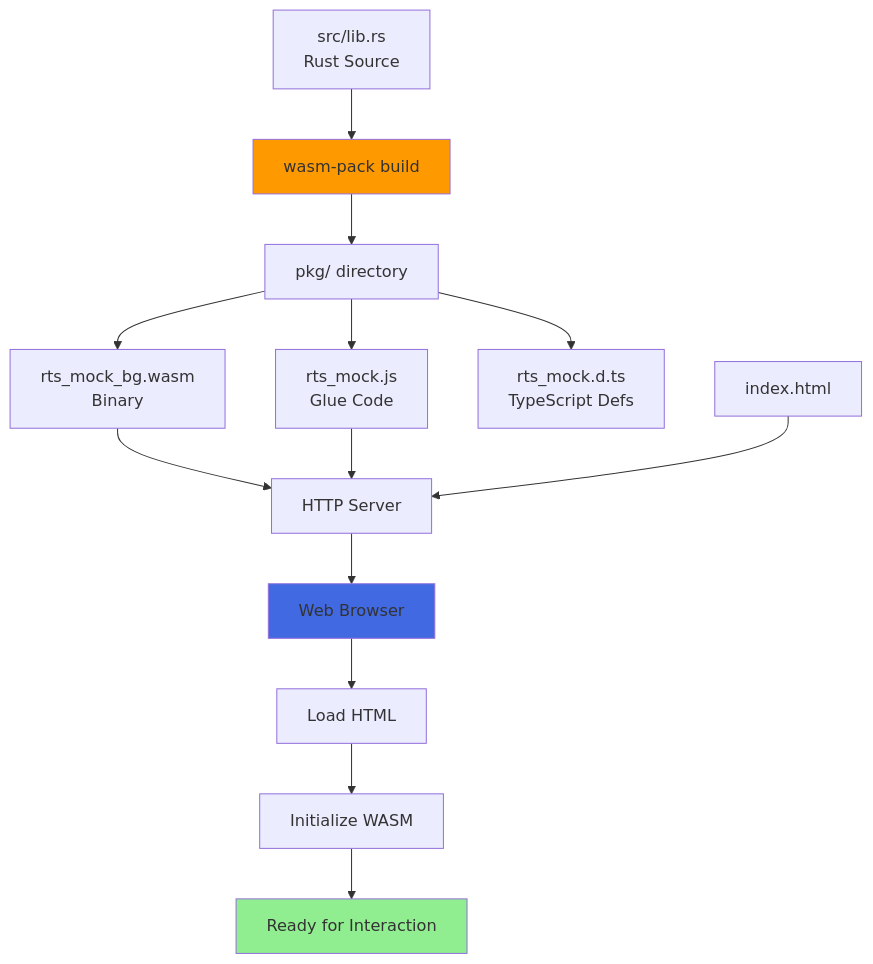
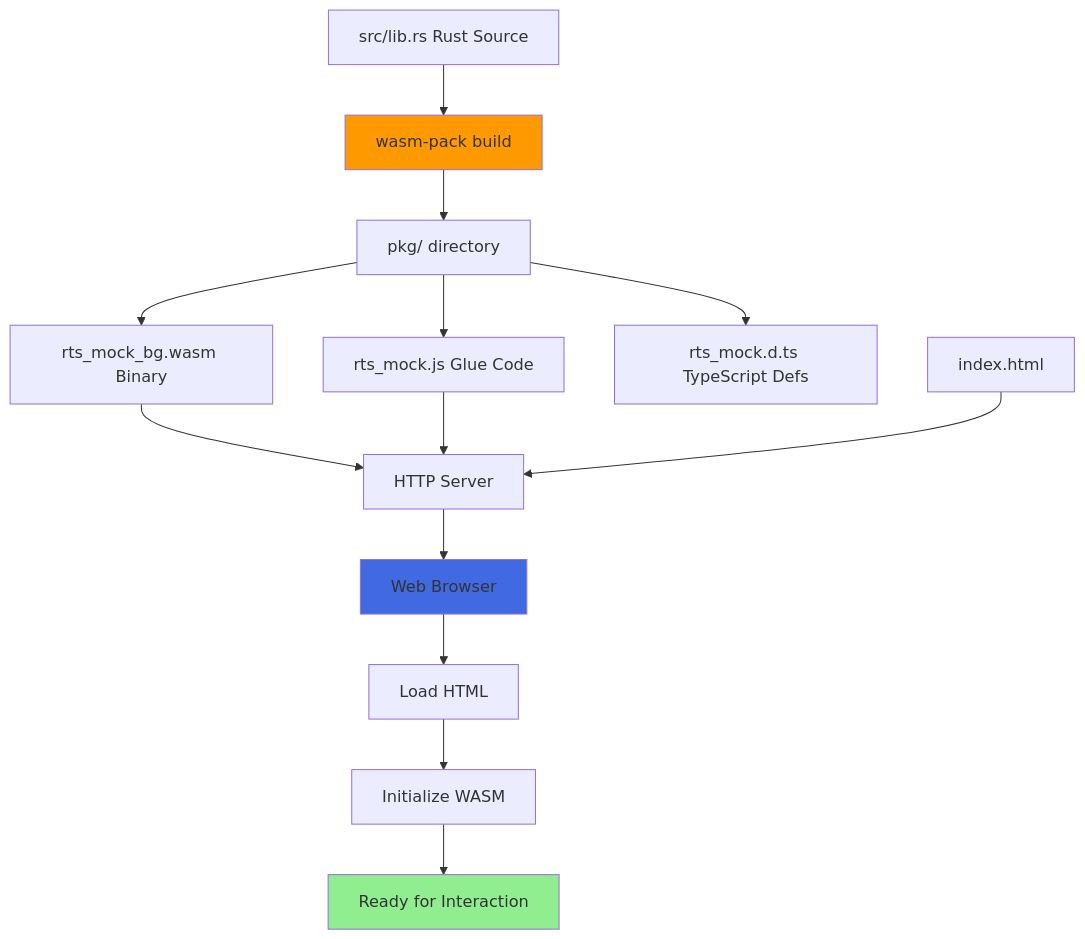
Before and after one commit to softwarewrighter/rts_mock: the seventh of 7 diagrams in wiki/Architecture.md, drawn with Mermaid. The commit also changed other lines of this file and 5 other files, not shown here.

First line of the commit message:
Fix wiki Mermaid diagrams: remove <br/> tags

````diff
--- a/wiki/Architecture.md
+++ b/wiki/Architecture.md
@@ -328,22 +328,22 @@
 ```mermaid
 graph TB
-    SRC[src/lib.rs<br/>Rust Source] --> BUILD[wasm-pack build]
+    SRC[src/lib.rs Rust Source] --> BUILD[wasm-pack build]
     BUILD --> PKG[pkg/ directory]
 
-    PKG --> WASM[rts_mock_bg.wasm<br/>Binary]
-    PKG --> JSGLUE[rts_mock.js<br/>Glue Code]
-    PKG --> TYPES[rts_mock.d.ts<br/>TypeScript Defs]
+    PKG --> WASM[rts_mock_bg.wasm Binary]
+    PKG --> JSGLUE[rts_mock.js Glue Code]
+    PKG --> TYPES[rts_mock.d.ts TypeScript Defs]
 
     WASM --> SERVE[HTTP Server]
     JSGLUE --> SERVE
     HTML[index.html] --> SERVE
     SERVE --> BROWSER[Web Browser]
 
     BROWSER --> LOAD[Load HTML]
     LOAD --> INIT[Initialize WASM]
     INIT --> READY[Ready for Interaction]
 
     style BUILD fill:#ff9900
     style BROWSER fill:#4169E1
     style READY fill:#90EE90
 ```
````
